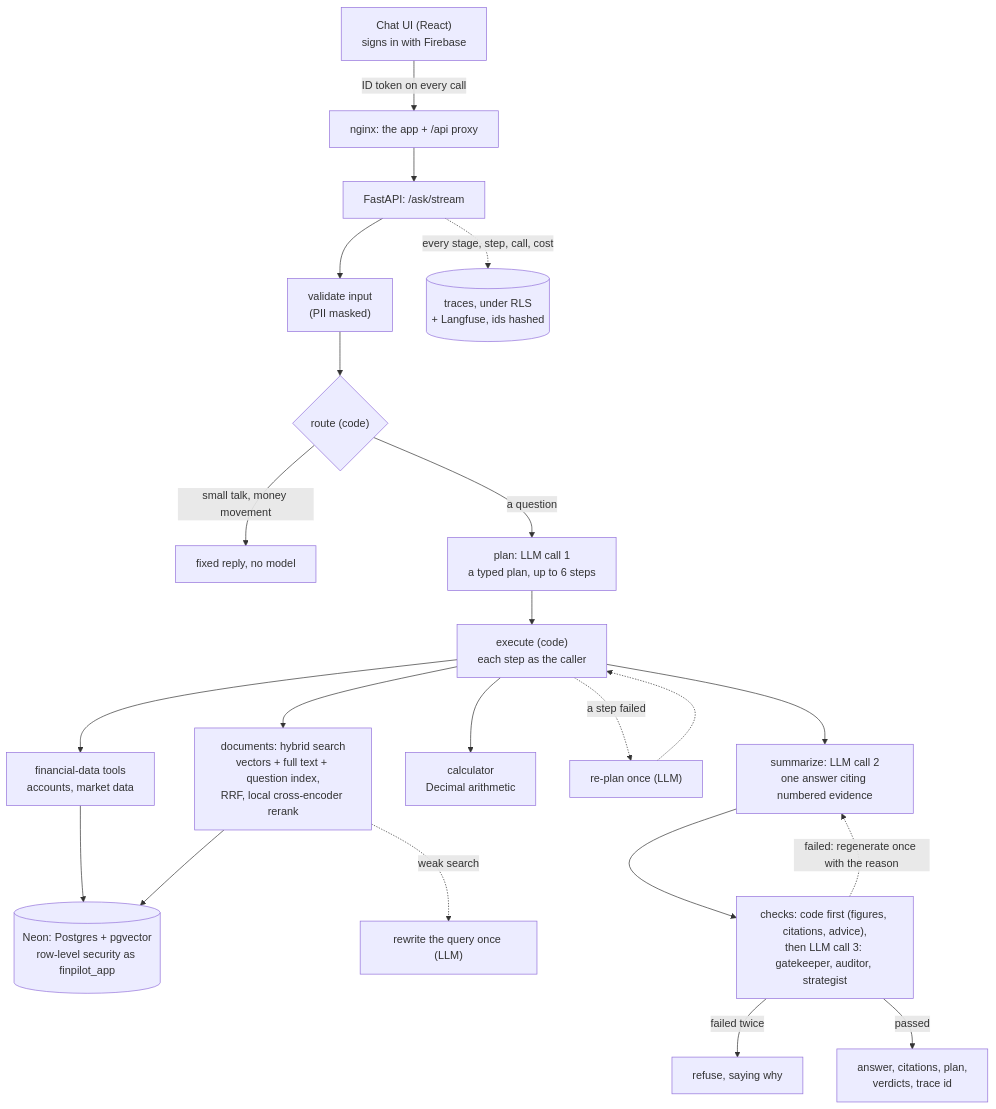
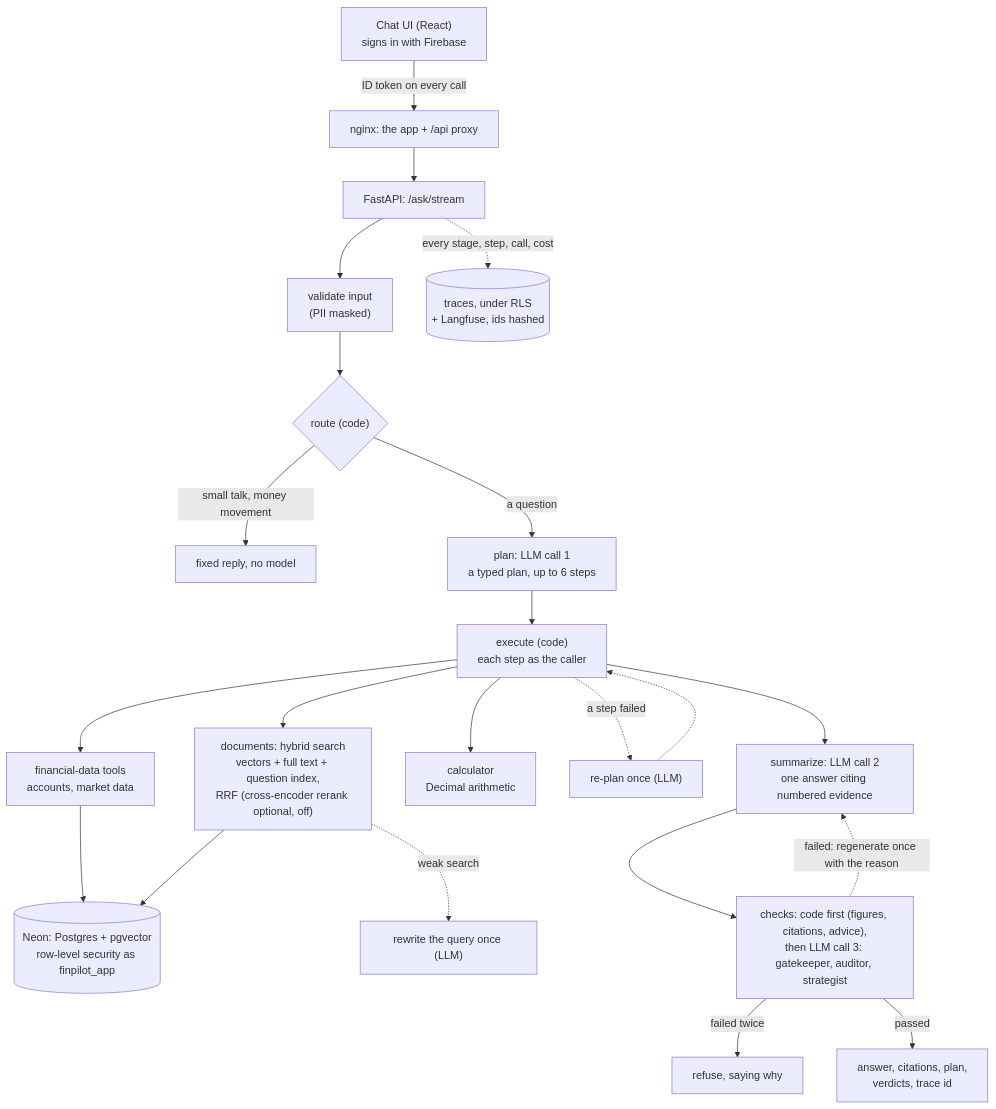
Before and after one commit to AshrithaPola/FinPilot: the diagram in README.md, drawn with Mermaid. The commit also changed other lines of this file and 21 other files, not shown here.

First line of the commit message:
retrieval: reranker off by default (hybrid stays); final runs 1-5 and the retrieval replay

````diff
--- a/README.md
+++ b/README.md
@@ -33,24 +33,24 @@
 ```mermaid
 flowchart TD
     UI["Chat UI (React)<br/>signs in with Firebase"] -->|"ID token on every call"| WEB["nginx: the app + /api proxy"]
     WEB --> API["FastAPI: /ask/stream"]
     API --> IN["validate input<br/>(PII masked)"]
     IN --> ROUTE{"route (code)"}
     ROUTE -->|"small talk, money movement"| FIXED["fixed reply, no model"]
     ROUTE -->|"a question"| PLAN["plan: LLM call 1<br/>a typed plan, up to 6 steps"]
     PLAN --> EXEC["execute (code)<br/>each step as the caller"]
     EXEC --> FIN["financial-data tools<br/>accounts, market data"]
-    EXEC --> DOCS["documents: hybrid search<br/>vectors + full text + question index,<br/>RRF, local cross-encoder rerank"]
+    EXEC --> DOCS["documents: hybrid search<br/>vectors + full text + question index,<br/>RRF (cross-encoder rerank optional, off)"]
     EXEC --> CALC["calculator<br/>Decimal arithmetic"]
     FIN --> DB[("Neon: Postgres + pgvector<br/>row-level security as finpilot_app")]
     DOCS --> DB
     DOCS -.->|"weak search"| RW["rewrite the query once (LLM)"]
     EXEC -.->|"a step failed"| REPLAN["re-plan once (LLM)"]
     REPLAN -.-> EXEC
     EXEC --> SUM["summarize: LLM call 2<br/>one answer citing numbered evidence"]
     SUM --> CHECK["checks: code first (figures, citations, advice),<br/>then LLM call 3: gatekeeper, auditor, strategist"]
     CHECK -.->|"failed: regenerate once with the reason"| SUM
     CHECK -->|"failed twice"| REFUSE["refuse, saying why"]
     CHECK -->|"passed"| ANSWER["answer, citations, plan,<br/>verdicts, trace id"]
     API -.->|"every stage, step, call, cost"| TRACE[("traces, under RLS<br/>+ Langfuse, ids hashed")]
 ```
````
